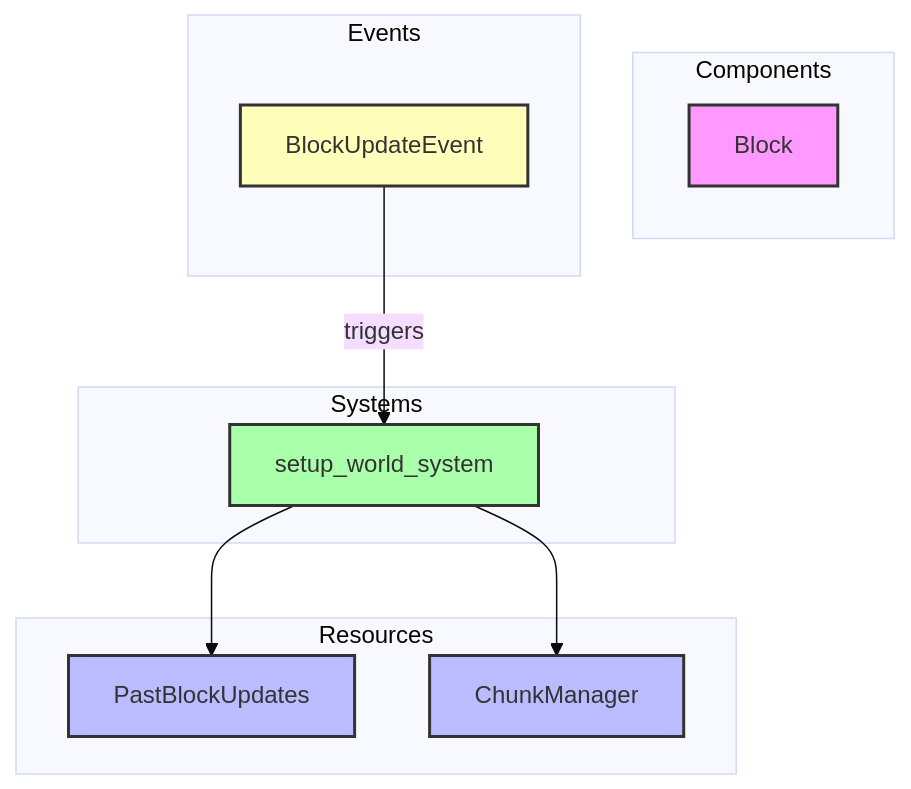
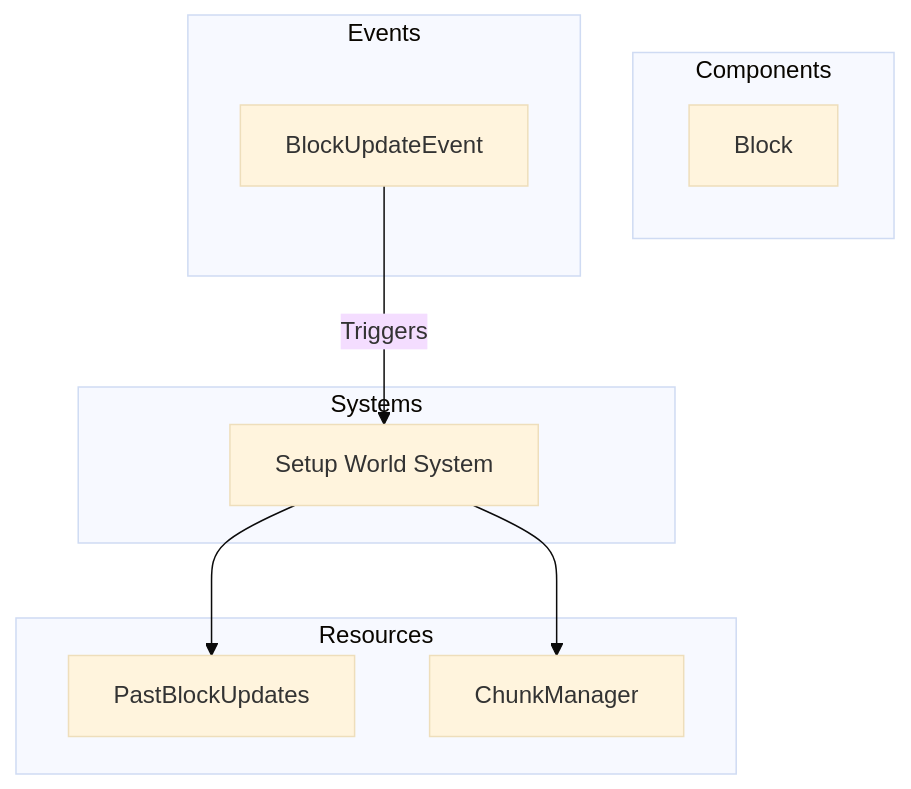
The diagram in docs/server/terrain.md (CuddlyBunion341/rsmc), drawn with Mermaid (base theme) before and after one commit. The commit also changed other lines of this file and 12 other files, not shown here.

````diff
--- a/docs/server/terrain.md
+++ b/docs/server/terrain.md
@@ -9,34 +10,23 @@
 ```mermaid
 graph TD
     subgraph Components
         Block[Block]
     end
 
     subgraph Resources
         PastBlockUpdates[PastBlockUpdates]
         ChunkManager[ChunkManager]
     end
 
     subgraph Events
         BlockUpdateEvent[BlockUpdateEvent]
     end
 
     subgraph Systems
-        SetupWorldSystem[setup_world_system]
+        SetupWorldSystem[Setup World System]
     end
 
-    BlockUpdateEvent -->|triggers| SetupWorldSystem
+    BlockUpdateEvent -->|Triggers| SetupWorldSystem
+    SetupWorldSystem --> ChunkManager
     SetupWorldSystem --> PastBlockUpdates
-    SetupWorldSystem --> ChunkManager
-
-    classDef component fill:#f9f,stroke:#333,stroke-width:2px;
-    classDef resource fill:#bbf,stroke:#333,stroke-width:2px;
-    classDef event fill:#ffb,stroke:#333,stroke-width:2px;
-    classDef system fill:#afa,stroke:#333,stroke-width:2px;
-
-    class Block component;
-    class PastBlockUpdates resource;
-    class ChunkManager resource;
-    class BlockUpdateEvent event;
-    class SetupWorldSystem system;
 ```
````
